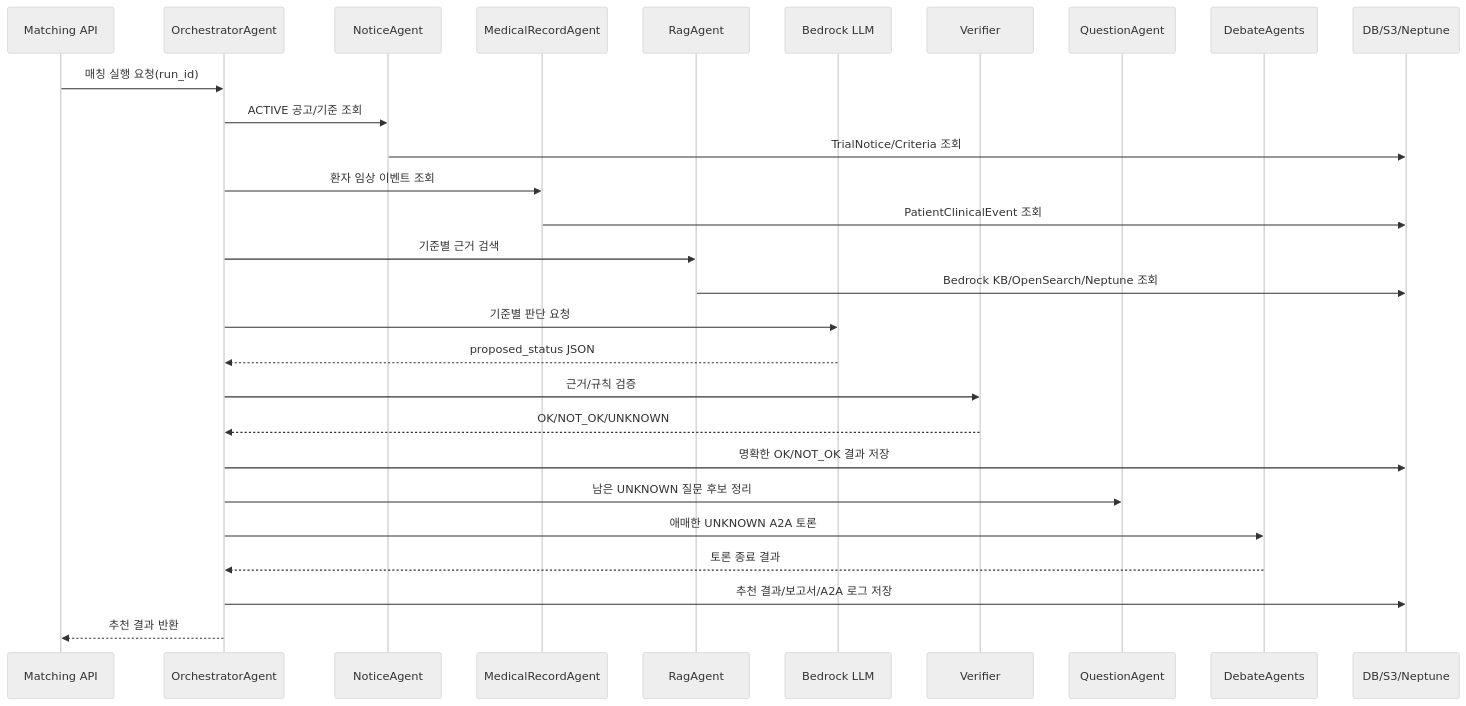
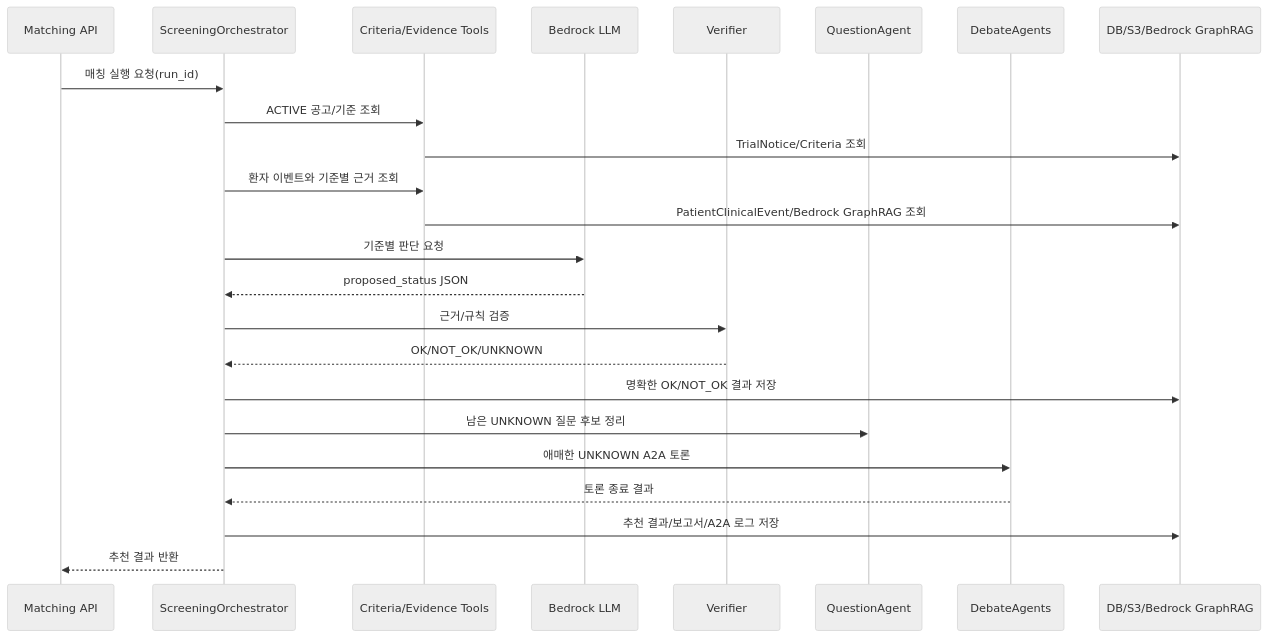
The fourth of 5 diagrams in doc/ARCHITECTURE_V2.md (1jaekim/AWS_Healthcare), drawn with Mermaid (neutral theme) before and after one commit. The commit also changed other lines of this file and 48 other files, not shown here.

First line of the commit message:
feat(api): GraphRAG 검색과 기준별 LLM 판단 계층 추가

````diff
--- a/doc/ARCHITECTURE_V2.md
+++ b/doc/ARCHITECTURE_V2.md
@@ -248,31 +247,27 @@
 ```mermaid
 sequenceDiagram
     participant API as Matching API
-    participant ORCH as OrchestratorAgent
-    participant NOTICE as NoticeAgent
-    participant EMR as MedicalRecordAgent
-    participant RAG as RagAgent
+    participant ORCH as ScreeningOrchestrator
+    participant TOOL as Criteria/Evidence Tools
     participant LLM as Bedrock LLM
     participant VERIFY as Verifier
     participant Q as QuestionAgent
     participant D as DebateAgents
-    participant DB as DB/S3/Neptune
+    participant DB as DB/S3/Bedrock GraphRAG
 
     API->>ORCH: 매칭 실행 요청(run_id)
-    ORCH->>NOTICE: ACTIVE 공고/기준 조회
-    NOTICE->>DB: TrialNotice/Criteria 조회
-    ORCH->>EMR: 환자 임상 이벤트 조회
-    EMR->>DB: PatientClinicalEvent 조회
-    ORCH->>RAG: 기준별 근거 검색
-    RAG->>DB: Bedrock KB/OpenSearch/Neptune 조회
+    ORCH->>TOOL: ACTIVE 공고/기준 조회
+    TOOL->>DB: TrialNotice/Criteria 조회
+    ORCH->>TOOL: 환자 이벤트와 기준별 근거 조회
+    TOOL->>DB: PatientClinicalEvent/Bedrock GraphRAG 조회
     ORCH->>LLM: 기준별 판단 요청
     LLM-->>ORCH: proposed_status JSON
     ORCH->>VERIFY: 근거/규칙 검증
     VERIFY-->>ORCH: OK/NOT_OK/UNKNOWN
     ORCH->>DB: 명확한 OK/NOT_OK 결과 저장
     ORCH->>Q: 남은 UNKNOWN 질문 후보 정리
     ORCH->>D: 애매한 UNKNOWN A2A 토론
     D-->>ORCH: 토론 종료 결과
     ORCH->>DB: 추천 결과/보고서/A2A 로그 저장
     ORCH-->>API: 추천 결과 반환
 ```
````
